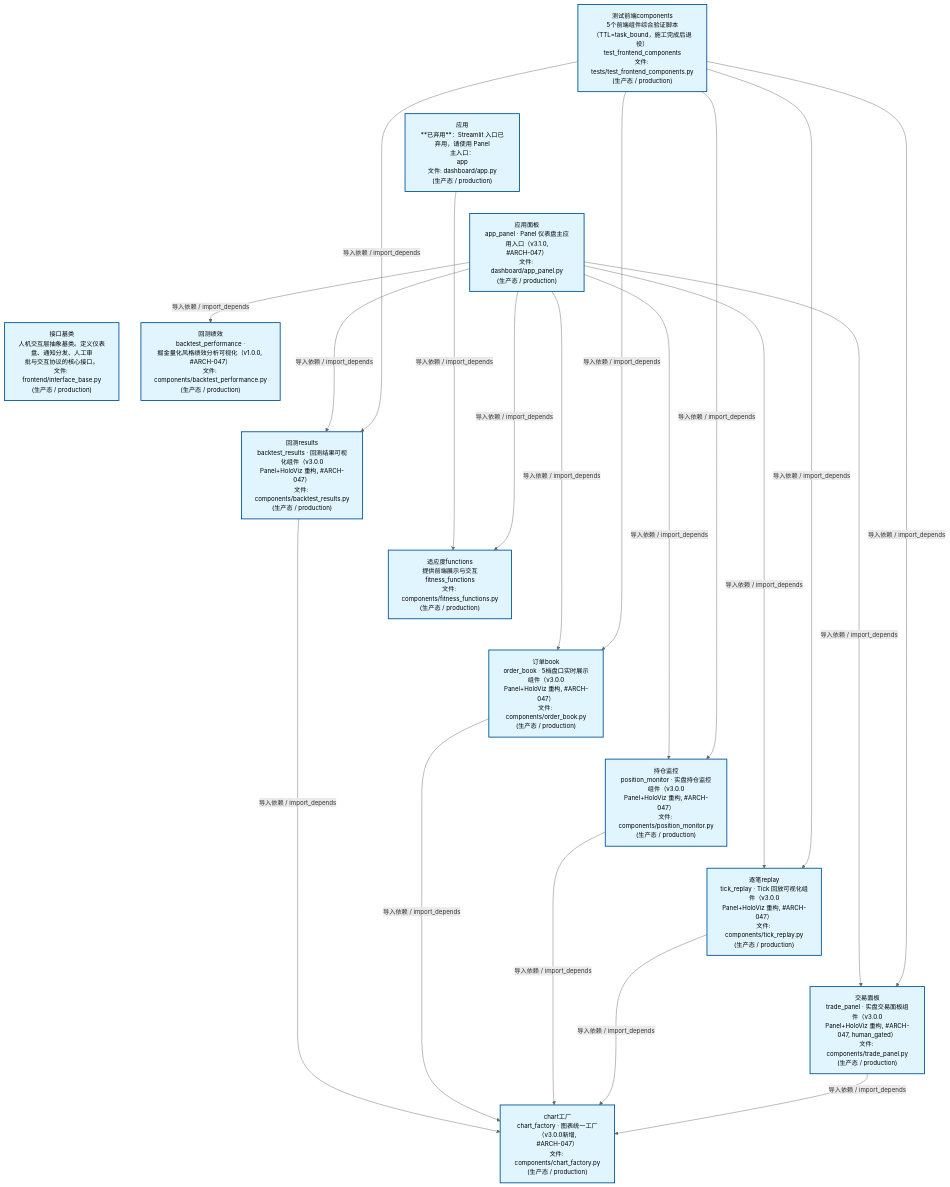
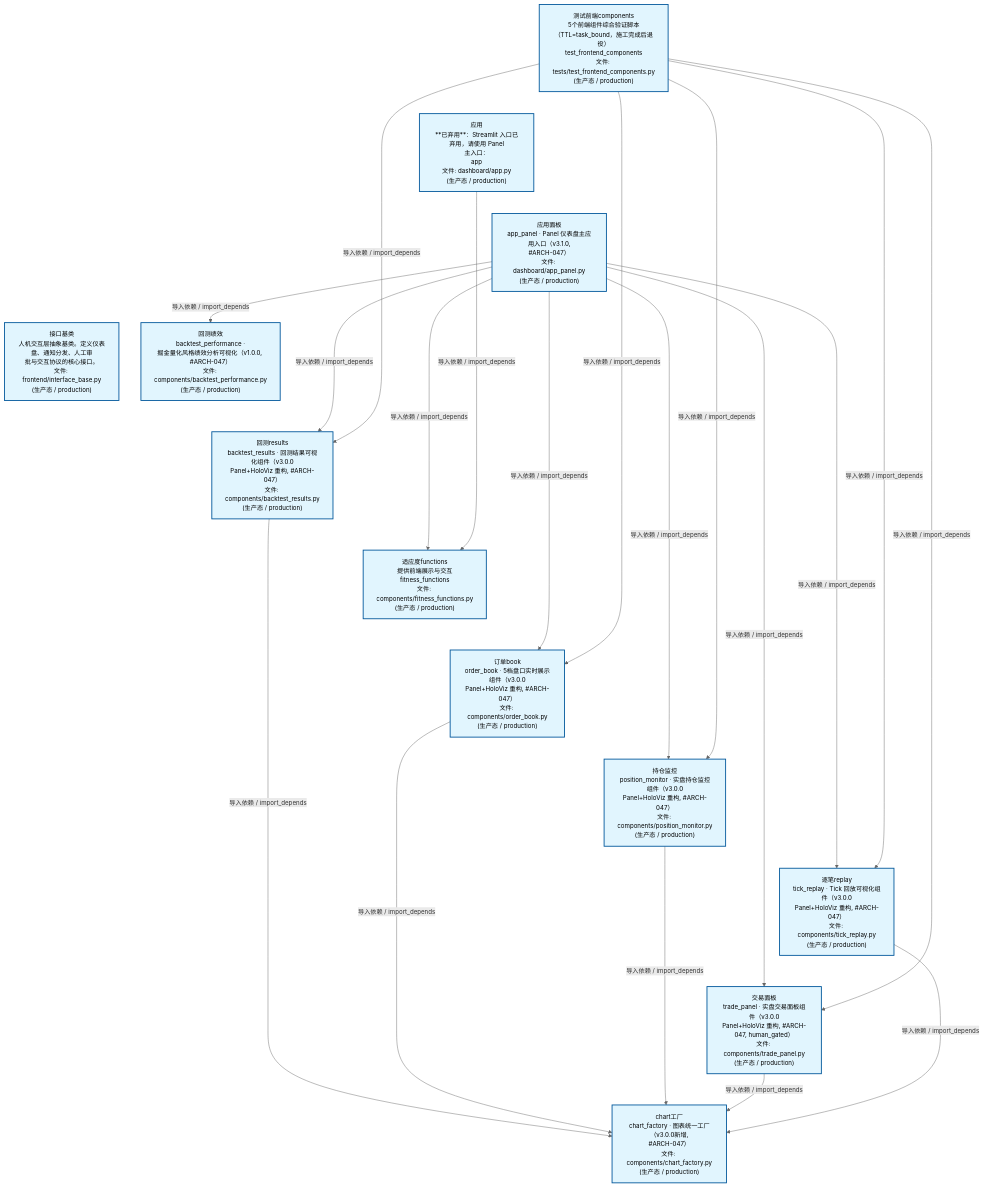
The second of 4 diagrams in docs/02_enterprise_architecture/02_domain_architecture_docs/47_d_frontend.md (xuanFelixVan/ZephyrAlpha), drawn with Mermaid before and after one commit. The commit also changed other lines of this file and 44 other files, not shown here.

````diff
--- a/docs/02_enterprise_architecture/02_domain_architecture_docs/47_d_frontend.md
+++ b/docs/02_enterprise_architecture/02_domain_architecture_docs/47_d_frontend.md
@@ -124,48 +124,48 @@
 ```mermaid
 %%{init: {'theme': 'base', 'themeVariables': {'primaryColor': '#eaeaea', 'primaryTextColor': '#333333', 'primaryBorderColor': '#666666', 'lineColor': '#666666', 'secondaryColor': '#eaeaea', 'tertiaryColor': '#eaeaea', 'fontSize': '14px'}}}%%
 flowchart TD
     scripts_tests_test_frontend_components_py["测试前端components<br/>5个前端组件综合验证脚本<br/>（TTL=task_bound，施工完成后退役）<br/>test_frontend_components<br/>文件: tests/test_frontend_components.py<br/>(生产态 / production)"]
     src_zephyr_frontend_dashboard_app_py["应用<br/>**已弃用**：Streamlit 入口已弃用，请使用 Panel<br/>主入口：<br/>app<br/>文件: dashboard/app.py<br/>(生产态 / production)"]
     src_zephyr_frontend_dashboard_app_panel_py["应用面板<br/>app_panel · Panel 仪表盘主应用入口（v3.1.0,<br/>#ARCH-047）<br/>文件: dashboard/app_panel.py<br/>(生产态 / production)"]
     src_zephyr_frontend_interface_base_py["接口基类<br/>人机交互层抽象基类。定义仪表盘、通知分发、人工审<br/>批与交互协议的核心接口。<br/>文件: frontend/interface_base.py<br/>(生产态 / production)"]
     scripts_tests_test_frontend_components_py ~~~ src_zephyr_frontend_dashboard_app_py
     src_zephyr_frontend_dashboard_app_py ~~~ src_zephyr_frontend_dashboard_app_panel_py
     src_zephyr_frontend_dashboard_app_panel_py ~~~ src_zephyr_frontend_interface_base_py
     src_zephyr_frontend_dashboard_components_backtest_performance_py["回测绩效<br/>backtest_performance ·<br/>掘金量化风格绩效分析可视化（v1.0.0, #ARCH-047）<br/>文件: components/backtest_performance.py<br/>(生产态 / production)"]
     src_zephyr_frontend_dashboard_components_backtest_results_py["回测results<br/>backtest_results · 回测结果可视化组件（v3.0.0<br/>Panel+HoloViz 重构, #ARCH-047）<br/>文件: components/backtest_results.py<br/>(生产态 / production)"]
     src_zephyr_frontend_dashboard_components_fitness_functions_py["适应度functions<br/>提供前端展示与交互<br/>fitness_functions<br/>文件: components/fitness_functions.py<br/>(生产态 / production)"]
     src_zephyr_frontend_dashboard_components_order_book_py["订单book<br/>order_book · 5档盘口实时展示组件（v3.0.0<br/>Panel+HoloViz 重构, #ARCH-047）<br/>文件: components/order_book.py<br/>(生产态 / production)"]
     src_zephyr_frontend_dashboard_components_position_monitor_py["持仓监控<br/>position_monitor · 实盘持仓监控组件（v3.0.0<br/>Panel+HoloViz 重构, #ARCH-047）<br/>文件: components/position_monitor.py<br/>(生产态 / production)"]
     src_zephyr_frontend_dashboard_components_tick_replay_py["逐笔replay<br/>tick_replay · Tick 回放可视化组件（v3.0.0<br/>Panel+HoloViz 重构, #ARCH-047）<br/>文件: components/tick_replay.py<br/>(生产态 / production)"]
     src_zephyr_frontend_dashboard_components_trade_panel_py["交易面板<br/>trade_panel · 实盘交易面板组件（v3.0.0<br/>Panel+HoloViz 重构, #ARCH-047, human_gated）<br/>文件: components/trade_panel.py<br/>(生产态 / production)"]
     src_zephyr_frontend_dashboard_components_backtest_performance_py ~~~ src_zephyr_frontend_dashboard_components_backtest_results_py
     src_zephyr_frontend_dashboard_components_backtest_results_py ~~~ src_zephyr_frontend_dashboard_components_fitness_functions_py
     src_zephyr_frontend_dashboard_components_fitness_functions_py ~~~ src_zephyr_frontend_dashboard_components_order_book_py
     src_zephyr_frontend_dashboard_components_order_book_py ~~~ src_zephyr_frontend_dashboard_components_position_monitor_py
     src_zephyr_frontend_dashboard_components_position_monitor_py ~~~ src_zephyr_frontend_dashboard_components_tick_replay_py
     src_zephyr_frontend_dashboard_components_tick_replay_py ~~~ src_zephyr_frontend_dashboard_components_trade_panel_py
     src_zephyr_frontend_dashboard_components_chart_factory_py["chart工厂<br/>chart_factory · 图表统一工厂（v3.0.0新增,<br/>#ARCH-047）<br/>文件: components/chart_factory.py<br/>(生产态 / production)"]
-    src_zephyr_frontend_dashboard_app_py -->|导入依赖 / import_depends| src_zephyr_frontend_dashboard_components_fitness_functions_py
-    src_zephyr_frontend_dashboard_components_backtest_results_py -->|导入依赖 / import_depends| src_zephyr_frontend_dashboard_components_chart_factory_py
     src_zephyr_frontend_dashboard_app_panel_py -->|导入依赖 / import_depends| src_zephyr_frontend_dashboard_components_backtest_results_py
     src_zephyr_frontend_dashboard_app_panel_py -->|导入依赖 / import_depends| src_zephyr_frontend_dashboard_components_fitness_functions_py
     src_zephyr_frontend_dashboard_app_panel_py -->|导入依赖 / import_depends| src_zephyr_frontend_dashboard_components_backtest_performance_py
     src_zephyr_frontend_dashboard_app_panel_py -->|导入依赖 / import_depends| src_zephyr_frontend_dashboard_components_order_book_py
     src_zephyr_frontend_dashboard_app_panel_py -->|导入依赖 / import_depends| src_zephyr_frontend_dashboard_components_position_monitor_py
+    src_zephyr_frontend_dashboard_app_panel_py -->|导入依赖 / import_depends| src_zephyr_frontend_dashboard_components_trade_panel_py
     src_zephyr_frontend_dashboard_app_panel_py -->|导入依赖 / import_depends| src_zephyr_frontend_dashboard_components_tick_replay_py
-    src_zephyr_frontend_dashboard_app_panel_py -->|导入依赖 / import_depends| src_zephyr_frontend_dashboard_components_trade_panel_py
+    src_zephyr_frontend_dashboard_app_py -->|导入依赖 / import_depends| src_zephyr_frontend_dashboard_components_fitness_functions_py
+    src_zephyr_frontend_dashboard_components_backtest_results_py -->|导入依赖 / import_depends| src_zephyr_frontend_dashboard_components_chart_factory_py
     src_zephyr_frontend_dashboard_components_order_book_py -->|导入依赖 / import_depends| src_zephyr_frontend_dashboard_components_chart_factory_py
     src_zephyr_frontend_dashboard_components_position_monitor_py -->|导入依赖 / import_depends| src_zephyr_frontend_dashboard_components_chart_factory_py
+    src_zephyr_frontend_dashboard_components_trade_panel_py -->|导入依赖 / import_depends| src_zephyr_frontend_dashboard_components_chart_factory_py
     src_zephyr_frontend_dashboard_components_tick_replay_py -->|导入依赖 / import_depends| src_zephyr_frontend_dashboard_components_chart_factory_py
-    src_zephyr_frontend_dashboard_components_trade_panel_py -->|导入依赖 / import_depends| src_zephyr_frontend_dashboard_components_chart_factory_py
     scripts_tests_test_frontend_components_py -->|导入依赖 / import_depends| src_zephyr_frontend_dashboard_components_backtest_results_py
     scripts_tests_test_frontend_components_py -->|导入依赖 / import_depends| src_zephyr_frontend_dashboard_components_order_book_py
     scripts_tests_test_frontend_components_py -->|导入依赖 / import_depends| src_zephyr_frontend_dashboard_components_position_monitor_py
+    scripts_tests_test_frontend_components_py -->|导入依赖 / import_depends| src_zephyr_frontend_dashboard_components_trade_panel_py
     scripts_tests_test_frontend_components_py -->|导入依赖 / import_depends| src_zephyr_frontend_dashboard_components_tick_replay_py
-    scripts_tests_test_frontend_components_py -->|导入依赖 / import_depends| src_zephyr_frontend_dashboard_components_trade_panel_py
     classDef production fill:#e1f5fe,stroke:#01579b,stroke-width:2px,color:#000
     classDef design fill:#fff3e0,stroke:#e65100,stroke-width:2px,color:#000,stroke-dasharray: 5 5
     classDef external_prod fill:#e8f4fd,stroke:#0277bd,stroke-width:1px,color:#000
     classDef external_design fill:#fff8e7,stroke:#ef6c00,stroke-width:1px,color:#000,stroke-dasharray: 5 5
     class scripts_tests_test_frontend_components_py,src_zephyr_frontend_dashboard_app_py,src_zephyr_frontend_dashboard_app_panel_py,src_zephyr_frontend_dashboard_components_backtest_performance_py,src_zephyr_frontend_dashboard_components_backtest_results_py,src_zephyr_frontend_dashboard_components_chart_factory_py,src_zephyr_frontend_dashboard_components_fitness_functions_py,src_zephyr_frontend_dashboard_components_order_book_py,src_zephyr_frontend_dashboard_components_position_monitor_py,src_zephyr_frontend_dashboard_components_tick_replay_py,src_zephyr_frontend_dashboard_components_trade_panel_py,src_zephyr_frontend_interface_base_py production
 ```
````
